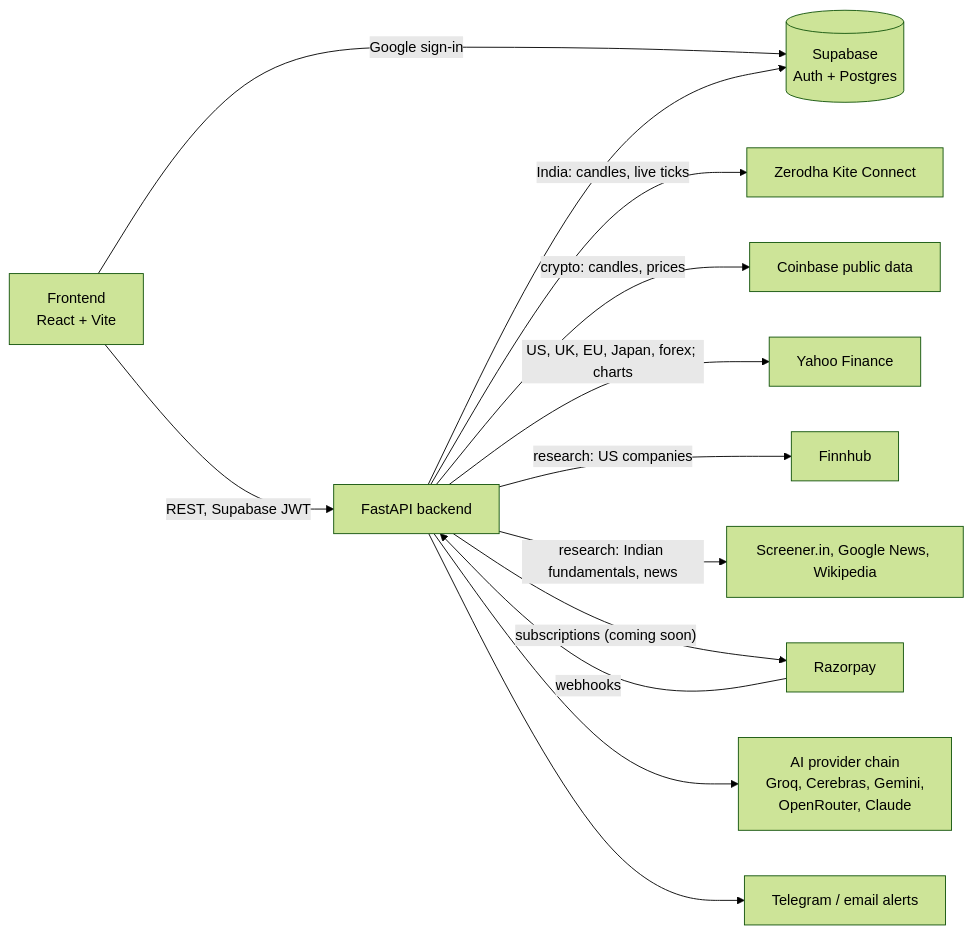
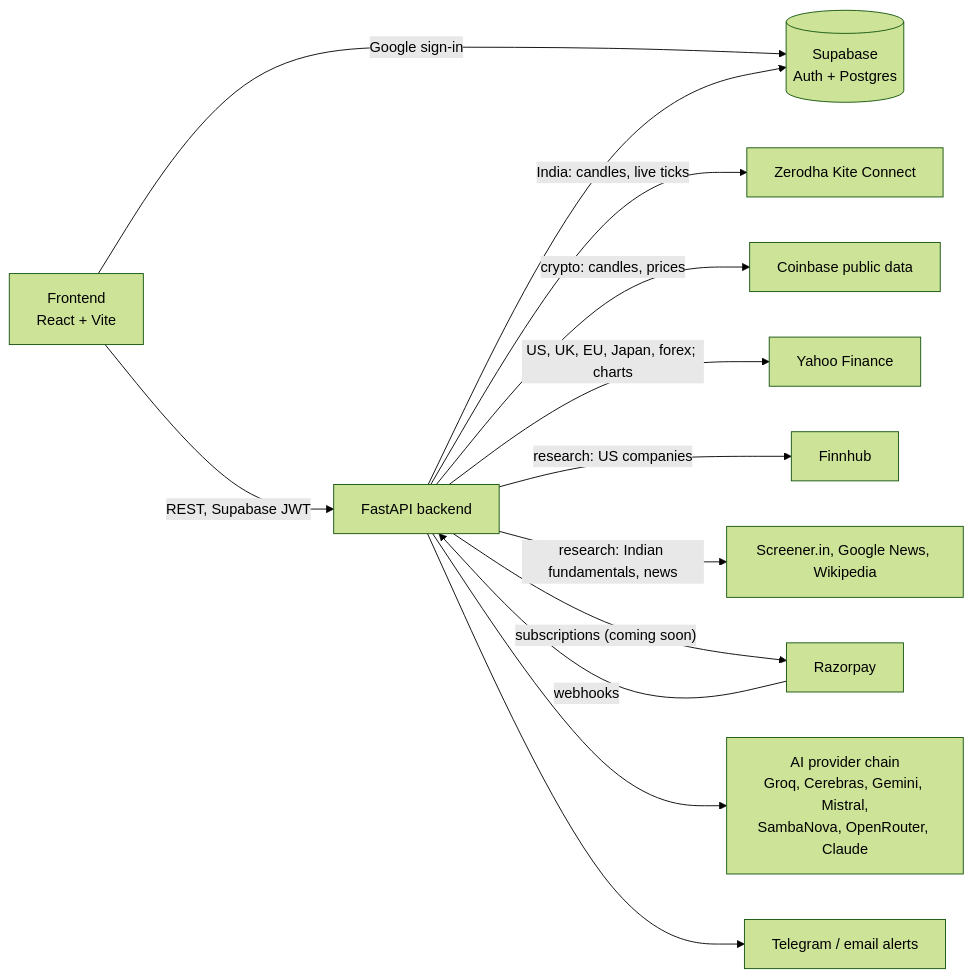
Before and after one commit to prakul1982/stratlab: the diagram in README.md, drawn with Mermaid (forest theme). The commit also changed other lines of this file and 20 other files, not shown here.

````diff
--- a/README.md
+++ b/README.md
@@ -96,15 +110,15 @@
 ```mermaid
 flowchart LR
     UI["Frontend<br/>React + Vite"] -- "REST, Supabase JWT" --> API["FastAPI backend"]
     UI -- "Google sign-in" --> SB[("Supabase<br/>Auth + Postgres")]
     API --> SB
     API -- "India: candles, live ticks" --> KITE["Zerodha Kite Connect"]
     API -- "crypto: candles, prices" --> CB["Coinbase public data"]
     API -- "US, UK, EU, Japan, forex; charts" --> YF["Yahoo Finance"]
     API -- "research: US companies" --> FH["Finnhub"]
     API -- "research: Indian fundamentals, news" --> SC["Screener.in, Google News, Wikipedia"]
     API -- "subscriptions (coming soon)" --> RZP["Razorpay"]
     RZP -- "webhooks" --> API
-    API --> AI["AI provider chain<br/>Groq, Cerebras, Gemini,<br/>OpenRouter, Claude"]
+    API --> AI["AI provider chain<br/>Groq, Cerebras, Gemini, Mistral,<br/>SambaNova, OpenRouter, Claude"]
     API --> ALERT["Telegram / email alerts"]
 ```
````
